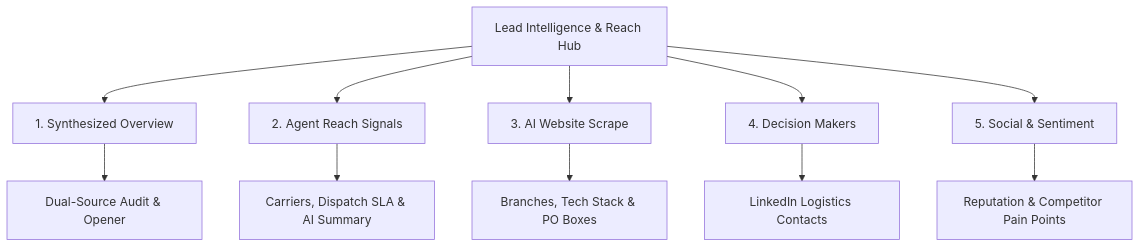
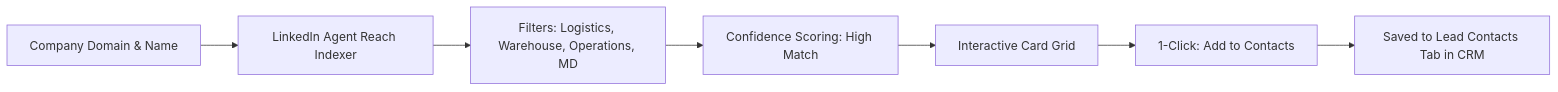
One commit to ankith88/prospectplus-application changed the diagram in docs/Lead_Enrichment_and_Intelligence_Guide.md. Above: the diagram before and after it, drawn with Mermaid. The commit also changed other lines of this file and 6 other files, not shown here.

Commit message:
docs: include screenshots, complete field inventory, and LinkedIn/social intelligence in enrichment guide

````diff
--- a/docs/Lead_Enrichment_and_Intelligence_Guide.md
+++ b/docs/Lead_Enrichment_and_Intelligence_Guide.md
@@ -67,14 +126,9 @@
 ```mermaid
-graph TD
-    A[Lead Intelligence & Reach Hub] --> B[1. Synthesized Overview]
-    A --> C[2. Agent Reach Signals]
-    A --> D[3. AI Website Scrape]
-    A --> E[4. Decision Makers]
-    A --> F[5. Social & Sentiment]
-    
-    B --> B1[Dual-Source Audit & Opener]
-    C --> C1[Carriers, Dispatch SLA & AI Summary]
-    D --> D1[Branches, Tech Stack & PO Boxes]
-    E --> E1[LinkedIn Logistics Contacts]
-    F --> F1[Reputation & Competitor Pain Points]
+graph LR
+    A[Company Domain & Name] --> B[LinkedIn Agent Reach Indexer]
+    B --> C[Filters: Logistics, Warehouse, Operations, MD]
+    C --> D[Confidence Scoring: High Match]
+    D --> E[Interactive Card Grid]
+    E --> F[1-Click: Add to Contacts]
+    F --> G[Saved to Lead Contacts Tab in CRM]
 ```
````
